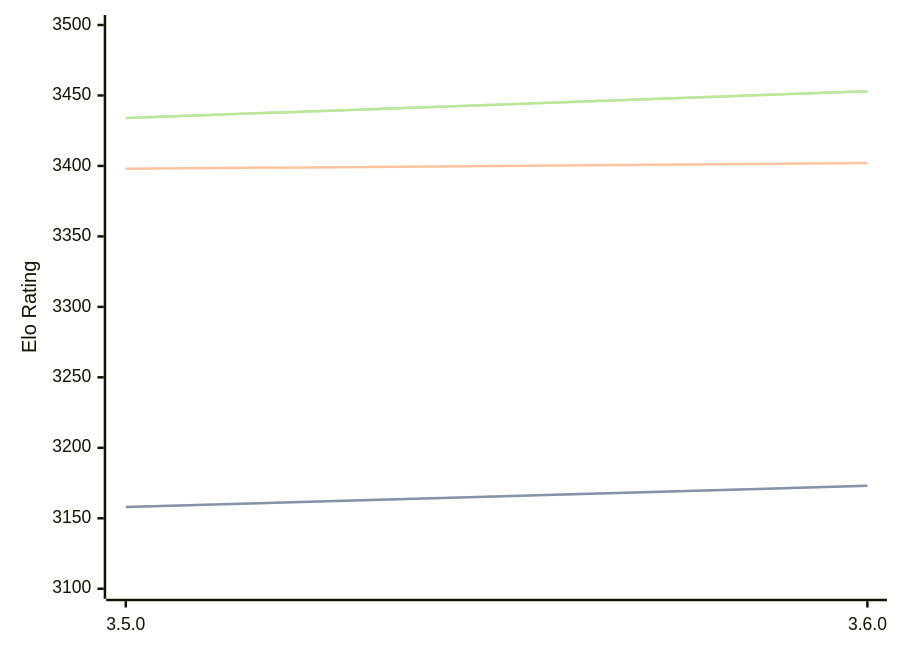
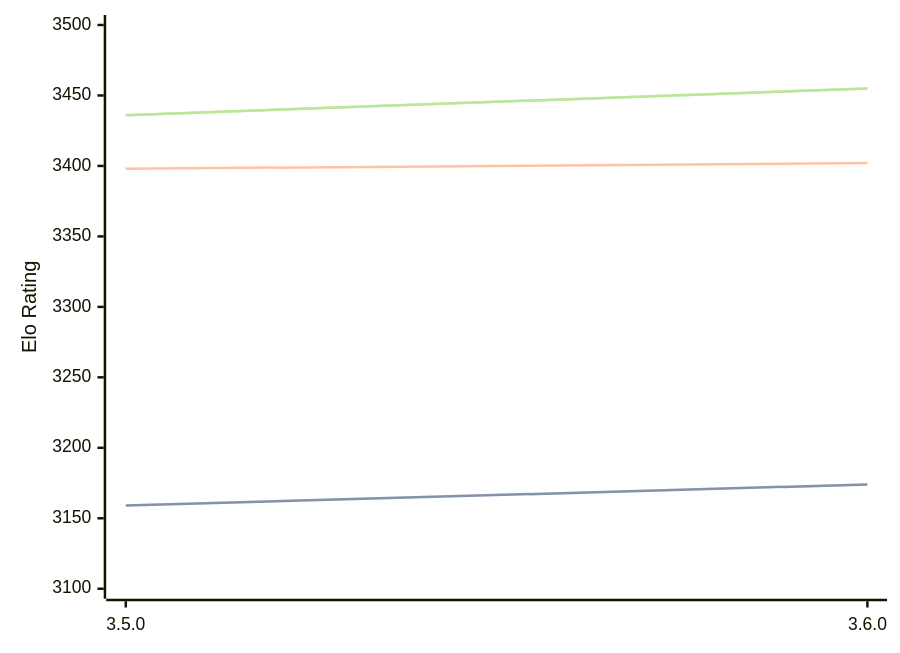
Before and after one commit to computer-chess-index/cci: the diagram in engines/Igel.md, drawn with Mermaid. The commit also changed other lines of this file, not shown here.

Commit message:
Update CCI Ratings (ELO VLTC) - 2026-08-20

````diff
--- a/engines/Igel.md
+++ b/engines/Igel.md
@@ -32,11 +32,11 @@
 ```mermaid
 %%{init: {"theme":"base","themeVariables":{"seriesColors:['#a3a3a3','#222221','#faa371']}}}%%
 xychart-beta
   x-axis ["3.5.0", "3.6.0"]
   y-axis "Elo Rating" 3100 --> 3500
-  line "STC (8.0+0.08s)" [3158, 3173]
-  line "STC (8.0+0.08s)" [3158, 3173]
+  line "STC (8.0+0.08s)" [3159, 3174]
+  line "STC (8.0+0.08s)" [3159, 3174]
   line "LTC (60.0+0.60s)" [3398, 3402]
-  line "VLTC (2m24s+1.12s)" [3434, 3453]
-  line "VLTC (2m24s+1.12s)" [3434, 3453]
+  line "VLTC (2m24s+1.12s)" [3436, 3455]
+  line "VLTC (2m24s+1.12s)" [3436, 3455]
 ```
````
